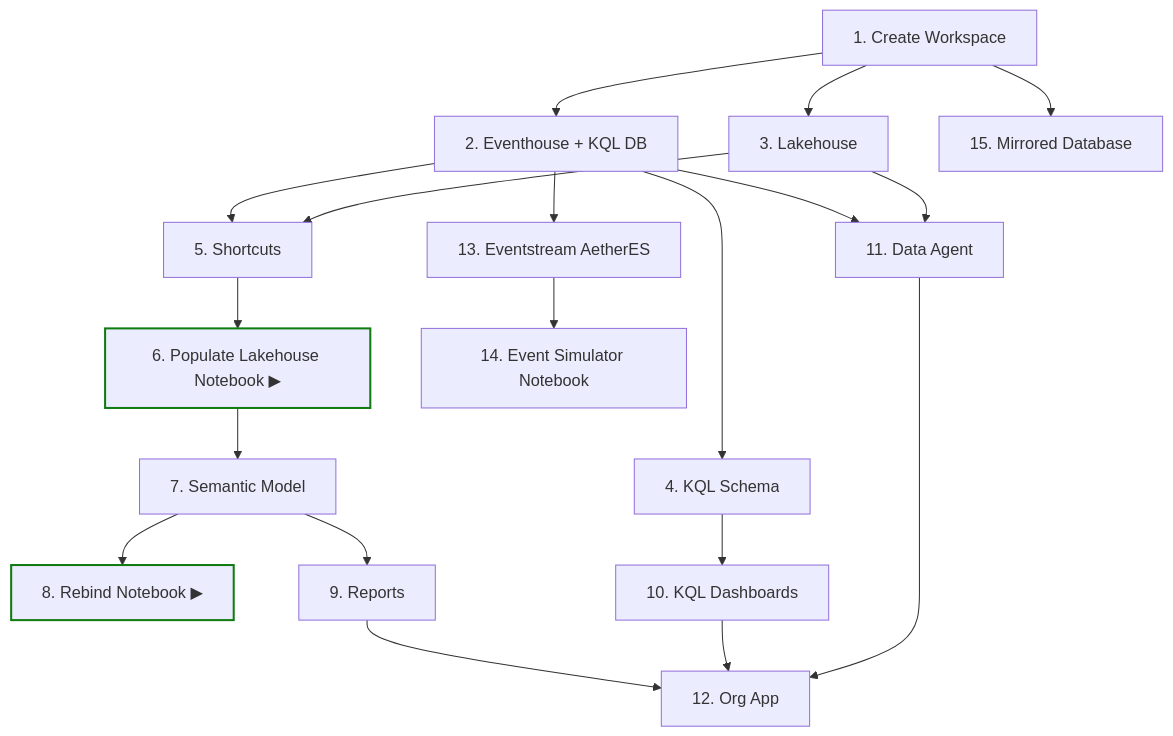
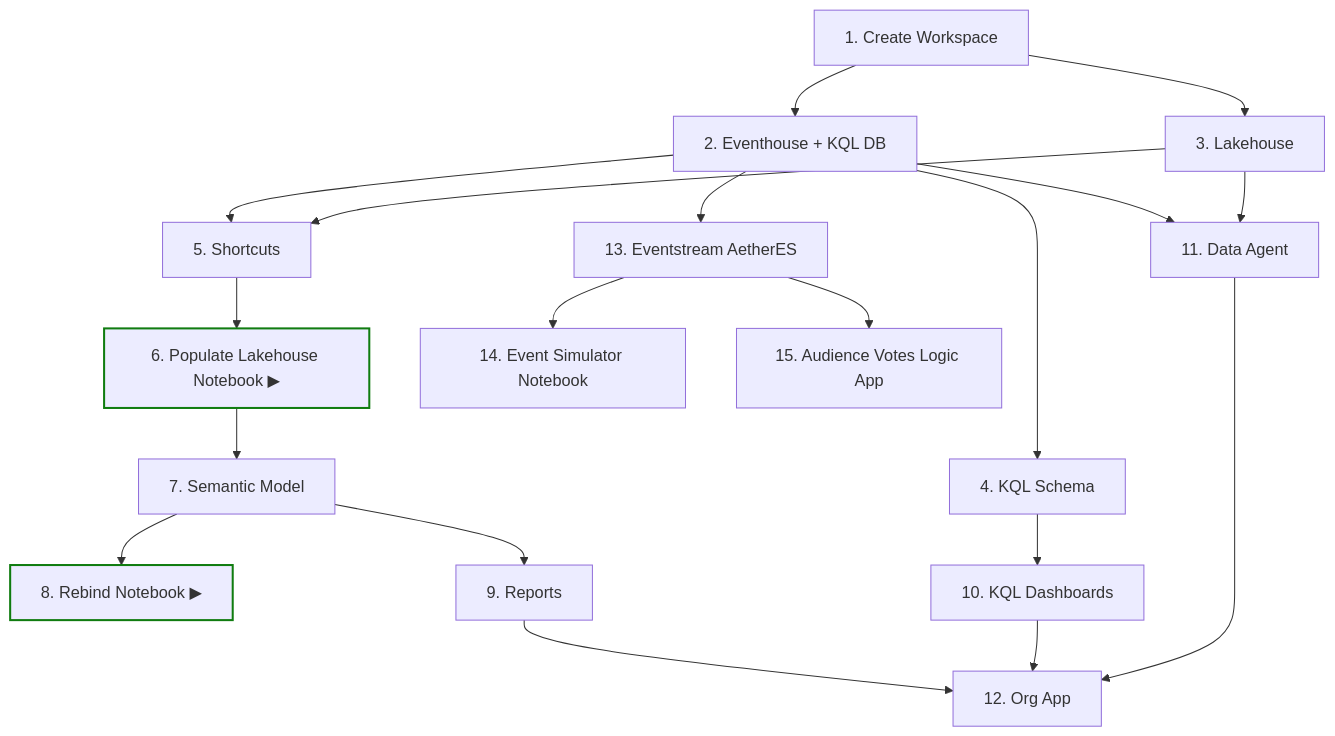
The second of 2 diagrams in README.md (MitchSS/FabricMystery), drawn with Mermaid before and after one commit. The commit also changed other lines of this file and 6 other files, not shown here.

Commit message:
Deploy audience votes via Logic App into Eventstream instead of a mirror

````diff
--- a/README.md
+++ b/README.md
@@ -172,24 +174,24 @@
 ```mermaid
 flowchart TD
     A[1. Create Workspace] --> B[2. Eventhouse + KQL DB]
     A --> C[3. Lakehouse]
     B --> D[4. KQL Schema]
     B --> E[5. Shortcuts]
     C --> E
     E --> F[6. Populate Lakehouse Notebook ▶]
     F --> G[7. Semantic Model]
     G --> H[8. Rebind Notebook ▶]
     G --> I[9. Reports]
     D --> J[10. KQL Dashboards]
     B --> K[11. Data Agent]
     C --> K
     I --> L[12. Org App]
     J --> L
     K --> L
     B --> ES2[13. Eventstream AetherES]
     ES2 --> M[14. Event Simulator Notebook]
-    A --> N[15. Mirrored Database]
+    ES2 --> N[15. Audience Votes Logic App]
 
     style F stroke:#107C10,stroke-width:2px
     style H stroke:#107C10,stroke-width:2px
 ```
````
